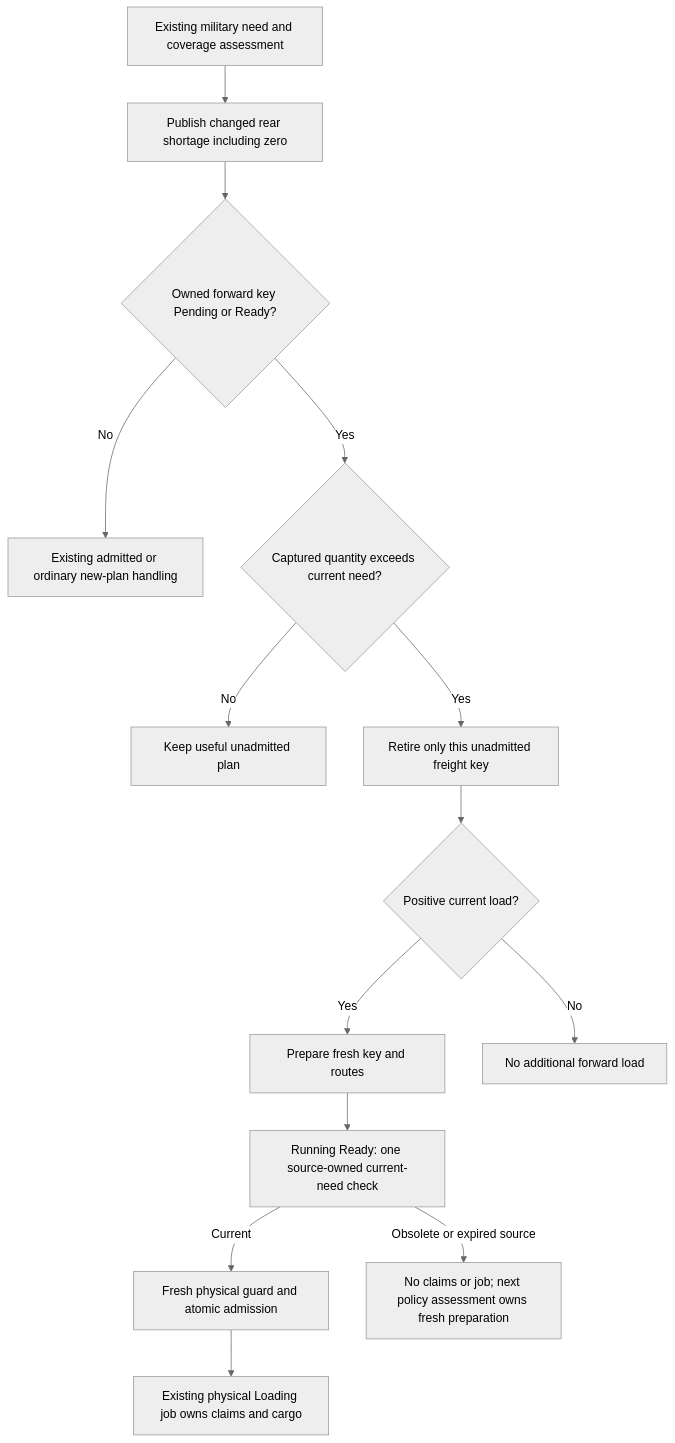
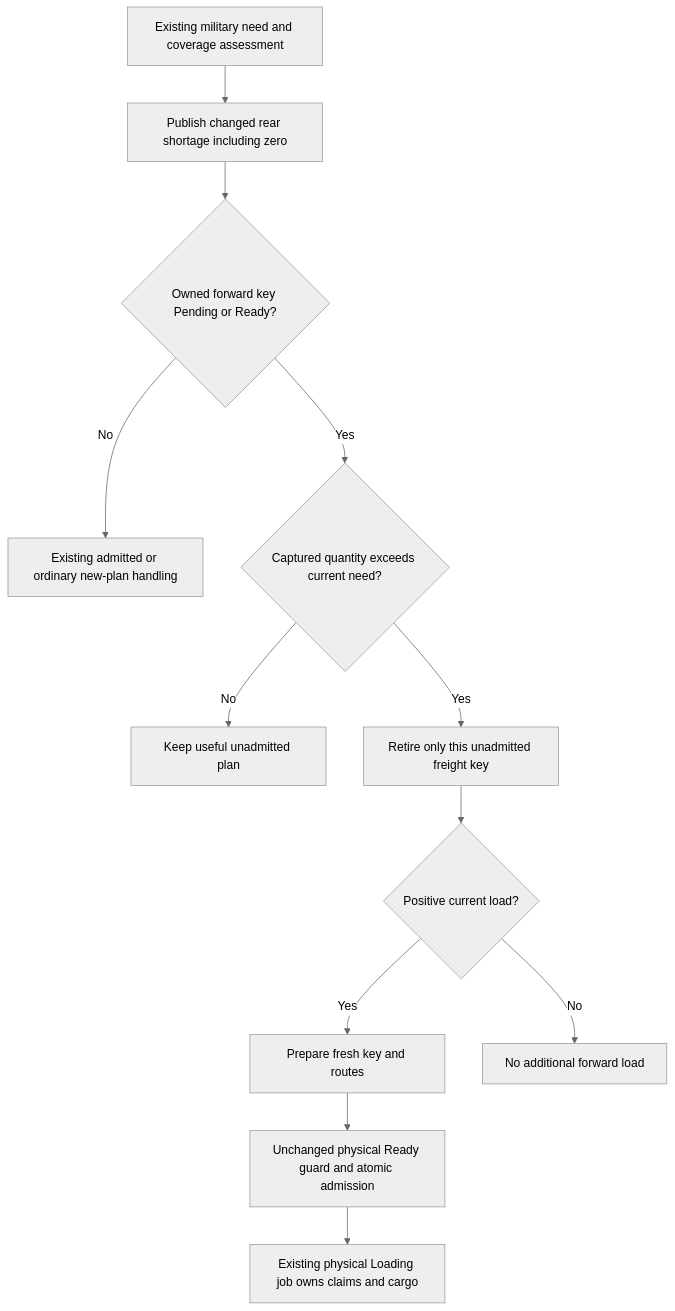
Before and after one commit to TheInfinityIQ/Trencho_V4: the diagram in docs/diagrams/current_forward_freight_demand.mmd, drawn with Mermaid (neutral theme). The commit also changed 1 other file, not shown here.

Commit message:
Record final Designer assessment cadence resolution

```diff
--- a/docs/diagrams/current_forward_freight_demand.mmd
+++ b/docs/diagrams/current_forward_freight_demand.mmd
@@ -1,14 +1,12 @@
 flowchart TD
   Assess[Existing military need and coverage assessment] --> Publish[Publish changed rear shortage including zero]
   Publish --> Pending{Owned forward key Pending or Ready?}
   Pending -->|No| Existing[Existing admitted or ordinary new-plan handling]
   Pending -->|Yes| Compare{Captured quantity exceeds current need?}
   Compare -->|No| Preserve[Keep useful unadmitted plan]
   Compare -->|Yes| Retire[Retire only this unadmitted freight key]
   Retire --> Positive{Positive current load?}
   Positive -->|Yes| New[Prepare fresh key and routes]
   Positive -->|No| Quiet[No additional forward load]
-  New --> Guard[Running Ready: one source-owned current-need check]
-  Guard -->|Current| Ready[Fresh physical guard and atomic admission]
-  Guard -->|Obsolete or expired source| Blocked[No claims or job; next policy assessment owns fresh preparation]
+  New --> Ready[Unchanged physical Ready guard and atomic admission]
   Ready --> Job[Existing physical Loading job owns claims and cargo]
```
